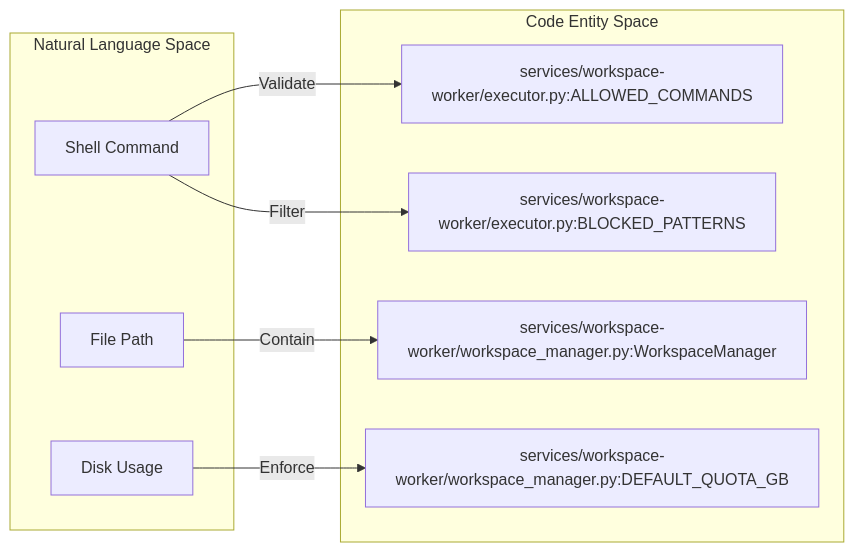
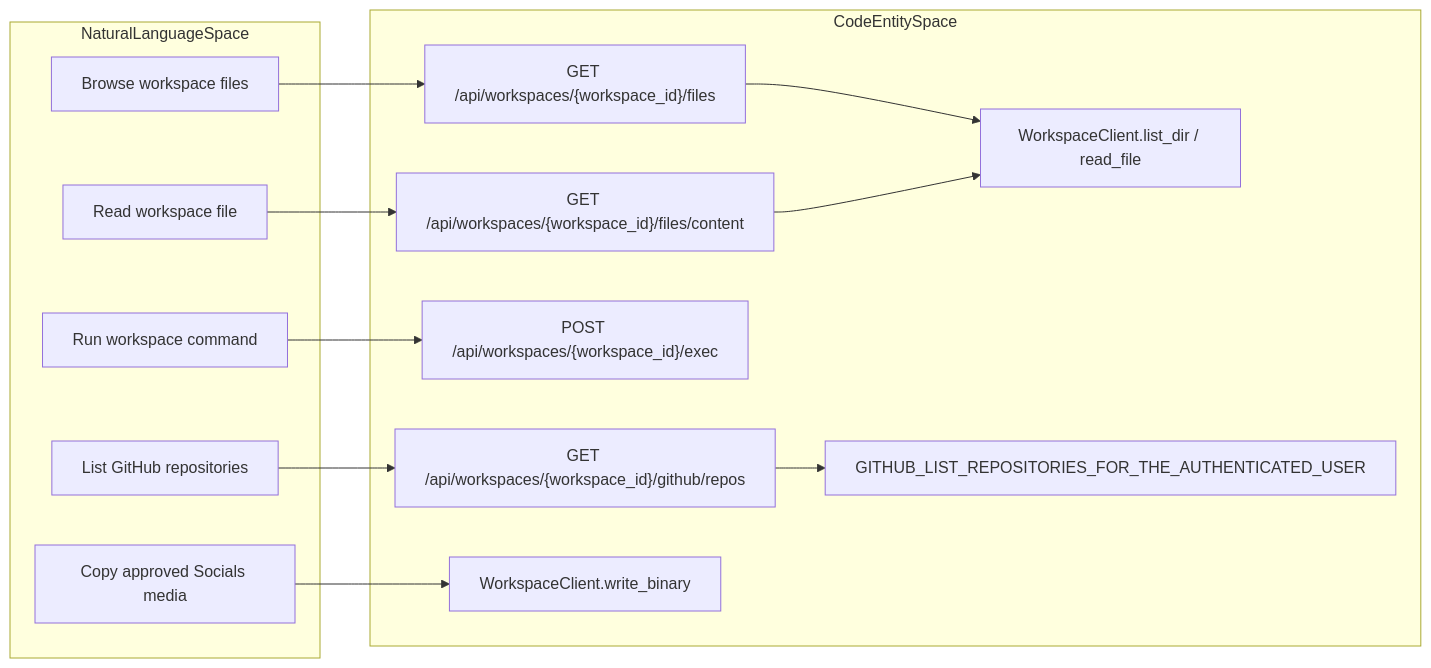
Before and after one commit to AutomatosAI/automatos-ai: the sixth of 6 diagrams in docs/workspace-execution/workspace-worker-architecture.md, drawn with Mermaid. The commit also changed other lines of this file and 188 other files, not shown here.

First line of the commit message:
docs: refresh architecture docs and add coverage for new subsystems (#1416)

````diff
--- a/docs/workspace-execution/workspace-worker-architecture.md
+++ b/docs/workspace-execution/workspace-worker-architecture.md
@@ -98,15 +281,26 @@
 ```mermaid
-graph LR
-  subgraph "Natural Language Space"
-    CMD["Shell Command"]
-    PTH["File Path"]
-    USE["Disk Usage"]
+flowchart LR
+  subgraph "NaturalLanguageSpace"
+    Browse["Browse workspace files"]
+    Read["Read workspace file"]
+    Run["Run workspace command"]
+    ListRepos["List GitHub repositories"]
+    CopyMedia["Copy approved Socials media"]
   end
 
-  subgraph "Code Entity Space"
-    CMD -->|"Validate"| V["services/workspace-worker/executor.py:ALLOWED_COMMANDS"]
-    CMD -->|"Filter"| B["services/workspace-worker/executor.py:BLOCKED_PATTERNS"]
-    PTH -->|"Contain"| S["services/workspace-worker/workspace_manager.py:WorkspaceManager"]
-    USE -->|"Enforce"| Q["services/workspace-worker/workspace_manager.py:DEFAULT_QUOTA_GB"]
+  subgraph "CodeEntitySpace"
+    ListRoute["GET /api/workspaces/{workspace_id}/files"]
+    ContentRoute["GET /api/workspaces/{workspace_id}/files/content"]
+    ExecRoute["POST /api/workspaces/{workspace_id}/exec"]
+    FilesClient["WorkspaceClient.list_dir / read_file"]
+    GithubRoute["GET /api/workspaces/{workspace_id}/github/repos"]
+    GithubAction["GITHUB_LIST_REPOSITORIES_FOR_THE_AUTHENTICATED_USER"]
+    BinaryWrite["WorkspaceClient.write_binary"]
   end
+
+  Browse --> ListRoute --> FilesClient
+  Read --> ContentRoute --> FilesClient
+  Run --> ExecRoute
+  ListRepos --> GithubRoute --> GithubAction
+  CopyMedia --> BinaryWrite
 ```
````
